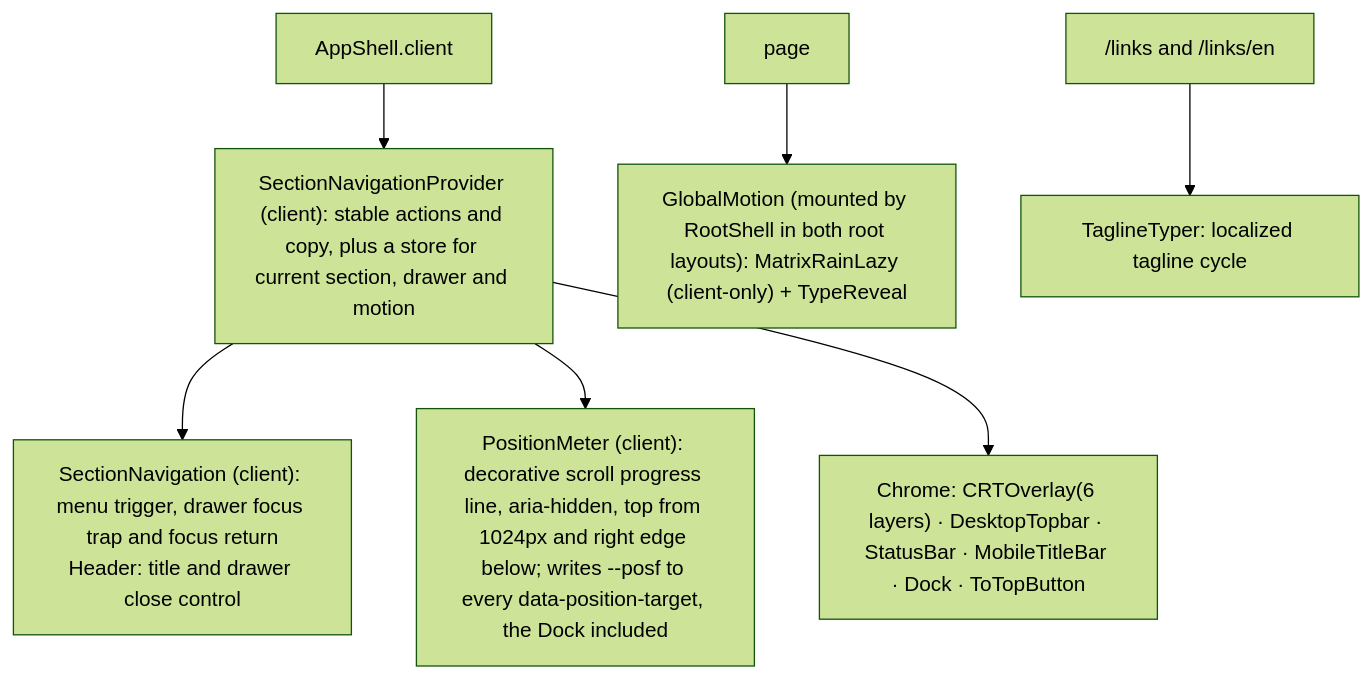
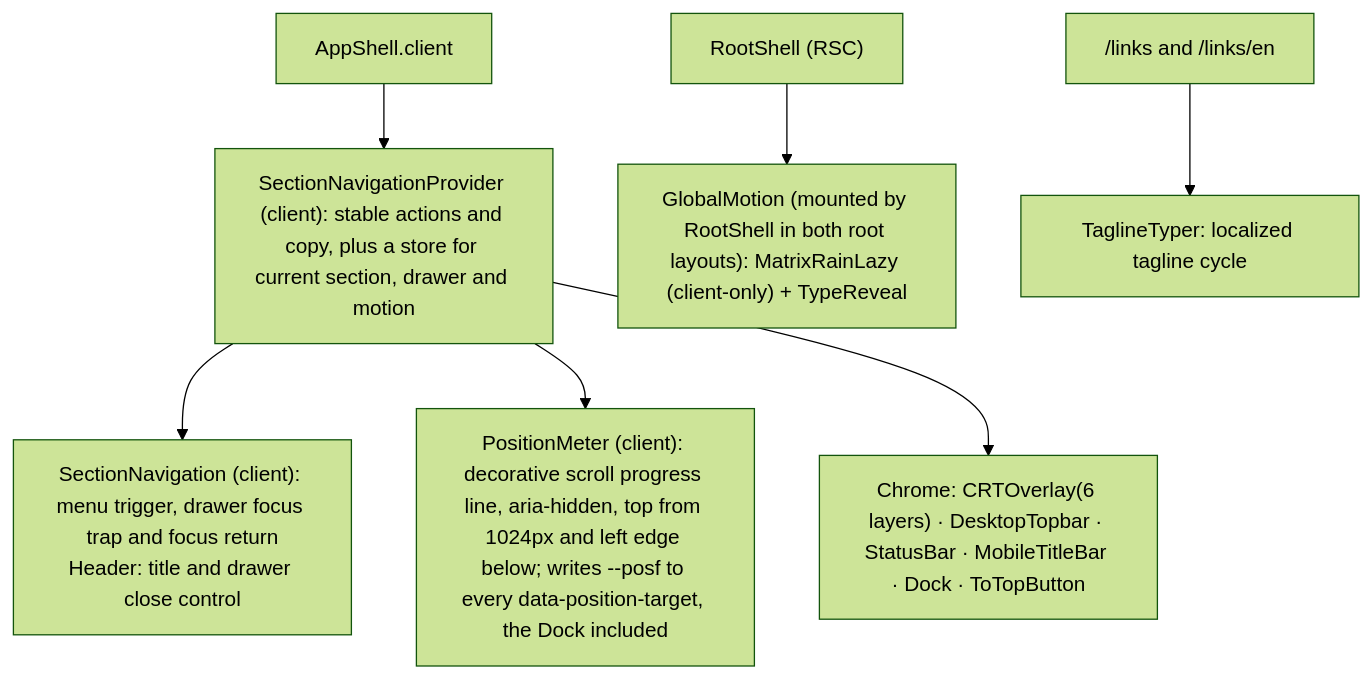
Before and after one commit to erikunha/portfolio: the second of 5 diagrams in docs/04-components-and-state.md, drawn with Mermaid (forest theme). The commit also changed other lines of this file and 507 other files, not shown here.

````diff
--- a/docs/04-components-and-state.md
+++ b/docs/04-components-and-state.md
@@ -68,9 +68,9 @@
 ```mermaid
 flowchart TD
     shell["AppShell.client"] --> navigation["SectionNavigationProvider (client): stable actions and copy, plus a store for current section, drawer and motion"]
     navigation --> rail["SectionNavigation (client): menu trigger, drawer focus trap and focus return<br/>Header: title and drawer close control"]
-    navigation --> position["PositionMeter (client): decorative scroll progress line, aria-hidden, top from 1024px and right edge below; writes --posf to every data-position-target, the Dock included"]
+    navigation --> position["PositionMeter (client): decorative scroll progress line, aria-hidden, top from 1024px and left edge below; writes --posf to every data-position-target, the Dock included"]
     navigation --> chrome["Chrome: CRTOverlay(6 layers) · DesktopTopbar · StatusBar · MobileTitleBar · Dock · ToTopButton"]
-    page --> gm["GlobalMotion (mounted by RootShell in both root layouts): MatrixRainLazy (client-only) + TypeReveal"]
+    rootshell["RootShell (RSC)"] --> gm["GlobalMotion (mounted by RootShell in both root layouts): MatrixRainLazy (client-only) + TypeReveal"]
     links["/links and /links/en"] --> tagline["TaglineTyper: localized tagline cycle"]
 ```
````
